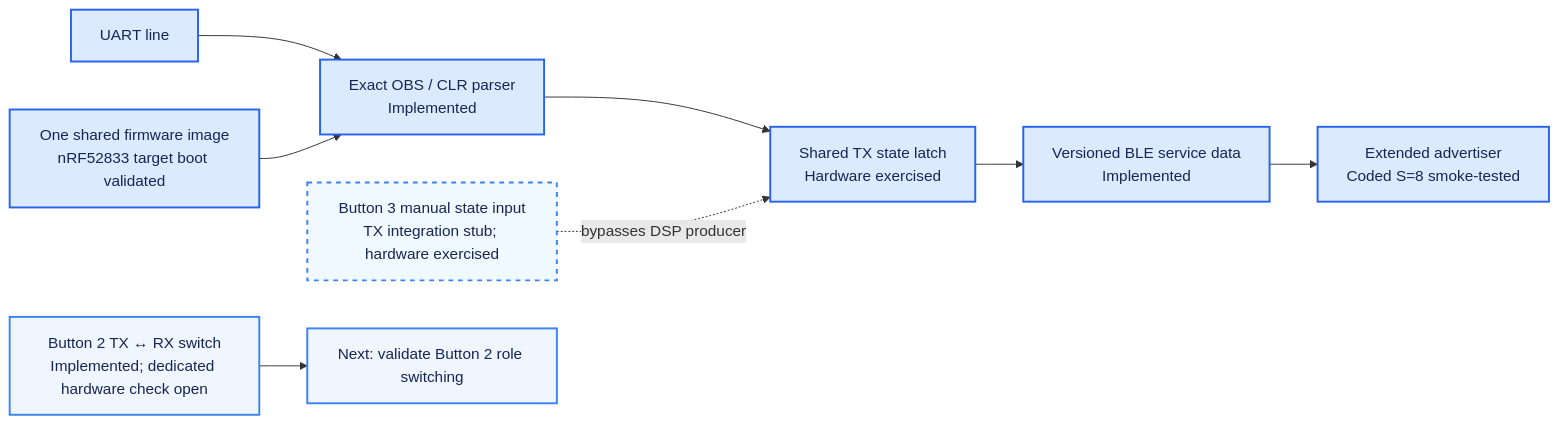
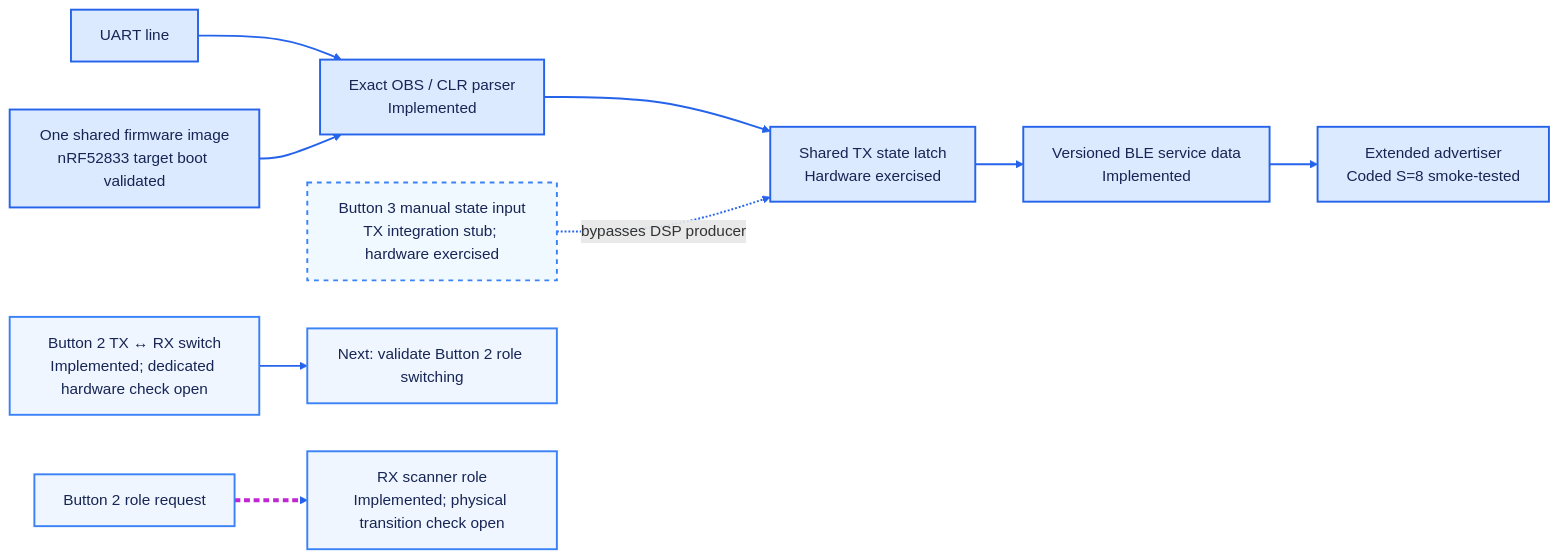
The eighth of 21 diagrams in docs/architecture/system/progress.md (kirolossedra/RIS-Robotics), drawn with Mermaid before and after one commit. The commit also changed other lines of this file, not shown here.

````diff
--- a/docs/architecture/system/progress.md
+++ b/docs/architecture/system/progress.md
@@ -150,14 +184,17 @@
 ```mermaid
 flowchart LR
     UART["UART line"] --> PARSER["Exact OBS / CLR parser<br/>Implemented"] --> LATCH["Shared TX state latch<br/>Hardware exercised"] --> DATA["Versioned BLE service data<br/>Implemented"] --> ADV["Extended advertiser<br/>Coded S=8 smoke-tested"]
     BUTTON["Button 3 manual state input<br/>TX integration stub; hardware exercised"] -. "bypasses DSP producer" .-> LATCH
     ROLE["Button 2 TX ↔ RX switch<br/>Implemented; dedicated hardware check open"] --> NEXT["Next: validate Button 2 role switching"]
+    BUTTON2["Button 2 role request"] --> RXROLE["RX scanner role<br/>Implemented; physical transition check open"]
     IMAGE["One shared firmware image<br/>nRF52833 target boot validated"] --> PARSER
 
     classDef done fill:#dbeafe,stroke:#2563eb,color:#172554,stroke-width:2px;
     classDef stub fill:#f0f9ff,stroke:#3b82f6,color:#172554,stroke-width:2px,stroke-dasharray:5 5;
     classDef next fill:#eff6ff,stroke:#3b82f6,color:#172554,stroke-width:2px;
     class UART,PARSER,LATCH,DATA,ADV,IMAGE done;
     class BUTTON stub;
-    class ROLE,NEXT next;
+    class BUTTON2,ROLE,NEXT,RXROLE next;
+    linkStyle default stroke:#2563eb,stroke-width:2px;
+    linkStyle 6 stroke:#c026d3,stroke-width:4px,stroke-dasharray:6 4;
 ```
````
